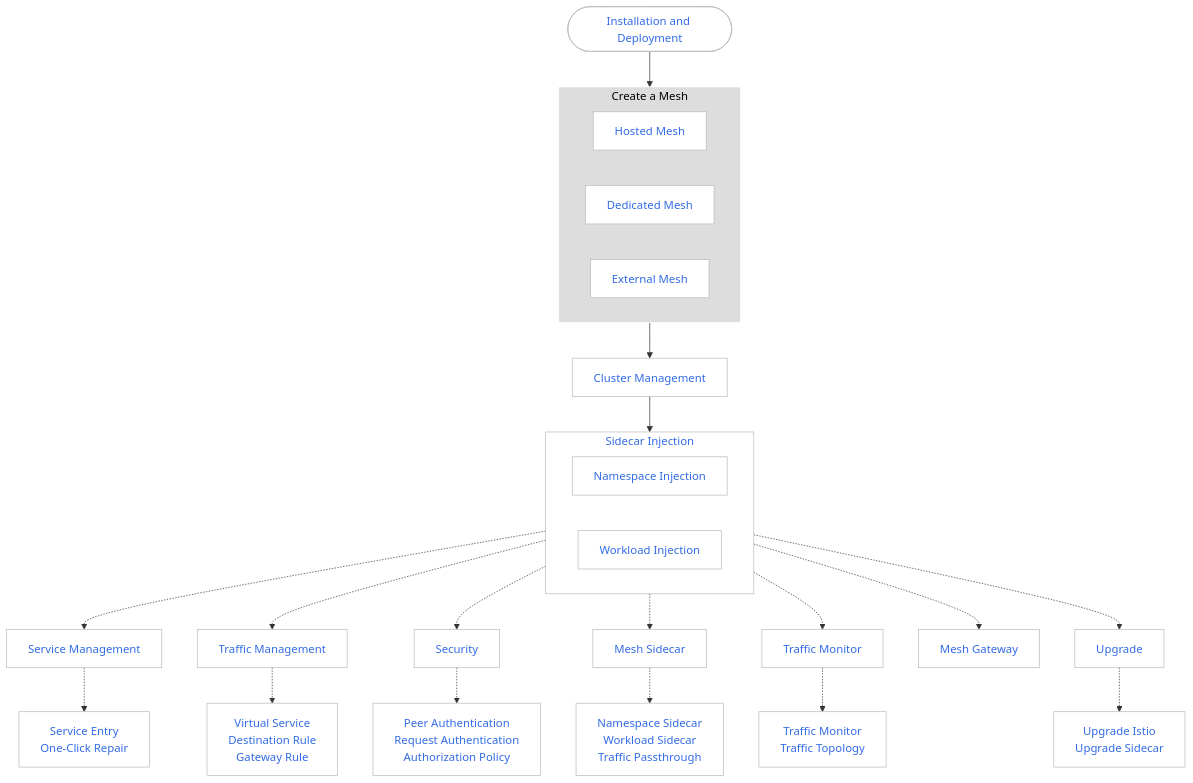
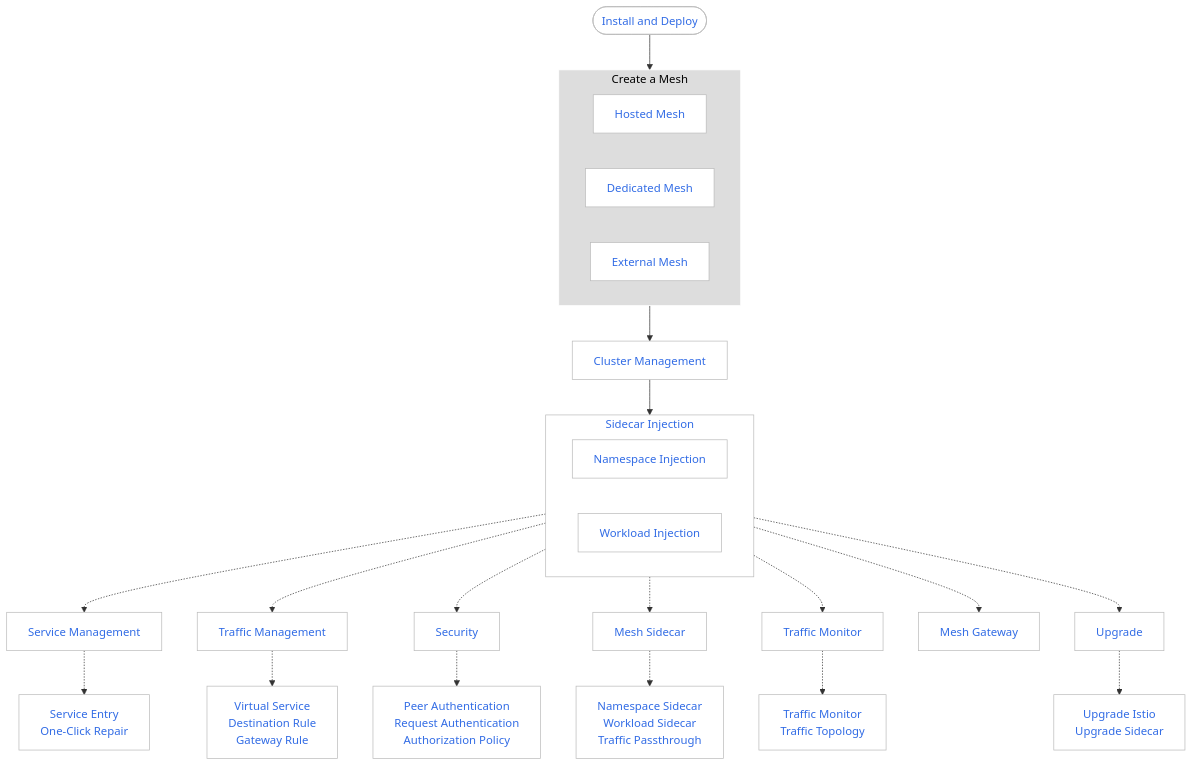
One commit to DaoCloud/DaoCloud-docs changed the diagram in docs/en/docs/mspider/intro/index.md. Above: the diagram before and after it, drawn with Mermaid. The commit also changed other lines of this file and 1 other file, not shown here.

````diff
--- a/docs/en/docs/mspider/intro/index.md
+++ b/docs/en/docs/mspider/intro/index.md
@@ -60,66 +89,66 @@
 ```mermaid
 flowchart TD
 
-    install([Installation and Deployment])
+    install([Install and Deploy])
     install --> mesh[Create a Mesh]
         subgraph mesh[Create a Mesh]
             managed[Hosted Mesh]
             private[Dedicated Mesh]
             external[External Mesh]
             
         end
 
     mesh --> cluster[Cluster Management]
 
     cluster --> inject[Sidecar Injection]
 
         subgraph inject[Sidecar Injection]
             namespace[Namespace Injection]
             workload[Workload Injection]
         end
 
     
     inject -.-> service[Service Management]
     inject -.-> traffic[Traffic Management]
     inject -.-> security[Security]
     inject -.-> sidecar[Mesh Sidecar]
     inject -.-> watch[Traffic Monitor]
     inject -.-> gateway[Mesh Gateway]
     inject -.-> upgrade[Upgrade]
     
 
     service -.-> entry[Service Entry<br>One-Click Repair]
     traffic -.-> virtual[Virtual Service<br>Destination Rule<br>Gateway Rule]
     security -.-> peer[Peer Authentication<br>Request Authentication<br>Authorization Policy]
     sidecar -.-> sidecarm[Namespace Sidecar<br>Workload Sidecar<br>Traffic Passthrough]
     watch -.-> watch2[Traffic Monitor<br>Traffic Topology]
     upgrade -.-> upgrade1[Upgrade Istio<br>Upgrade Sidecar]
 
     classDef plain fill:#ddd,stroke:#fff,stroke-width:1px,color:#000;
     classDef k8s fill:#326ce5,stroke:#fff,stroke-width:1px,color:#fff;
     classDef cluster fill:#fff,stroke:#bbb,stroke-width:1px,color:#326ce5;
 
     class mesh plain
     class install,service,gateway,traffic,watch,upgrade,security,entry,virtual,peer,cluster,sidecar,sidecarm,watch2,managed,private,external,namespace,workload,upgrade1 cluster
 
     click install "https://docs.daocloud.io/en/mspider/install/install/"
     click managed "https://docs.daocloud.io/en/mspider/user-guide/service-mesh/"
     click private "https://docs.daocloud.io/en/mspider/user-guide/service-mesh/"
     click external "https://docs.daocloud.io/en/mspider/user-guide/service-mesh/external-mesh/"
     click cluster "https://docs.daocloud.io/en/mspider/user-guide/cluster-management/join-clus/"
     click global "https://docs.daocloud.io/en/mspider/user-guide/sidecar-management/global-sidecar/"
     click namespace "https://docs.daocloud.io/en/mspider/user-guide/sidecar-management/ns-sidecar/"
     click workload "https://docs.daocloud.io/en/mspider/user-guide/sidecar-management/workload-sidecar/"
     click gateway "https://docs.daocloud.io/en/mspider/user-guide/gateway-instance/create/"
     click service "https://docs.daocloud.io/en/mspider/user-guide/service-list/"
     click traffic "https://docs.daocloud.io/en/mspider/user-guide/traffic-governance/"
     click security "https://docs.daocloud.io/en/mspider/user-guide/security/"
     click watch "https://docs.daocloud.io/en/mspider/user-guide/traffic-monitor/"
     click upgrade "https://docs.daocloud.io/en/mspider/user-guide/upgrade/istio-update/"
     click entry "https://docs.daocloud.io/en/mspider/user-guide/service-list/service-entry/"
     click virtual "https://docs.daocloud.io/en/mspider/user-guide/traffic-governance/virtual-service/"
     click peer "https://docs.daocloud.io/en/mspider/user-guide/security/peer/"
     click sidecar "https://docs.daocloud.io/en/mspider/user-guide/sidecar-management/ns-sidecar/"
     click sidecarm "https://docs.daocloud.io/en/mspider/user-guide/sidecar-management/passthrough/"
     click watch2 "https://docs.daocloud.io/en/mspider/user-guide/traffic-monitor/conn-topo/"
 ```
````
